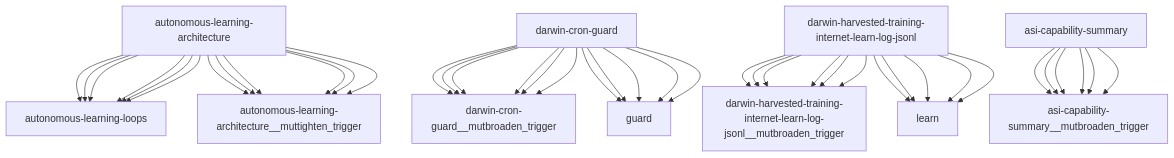
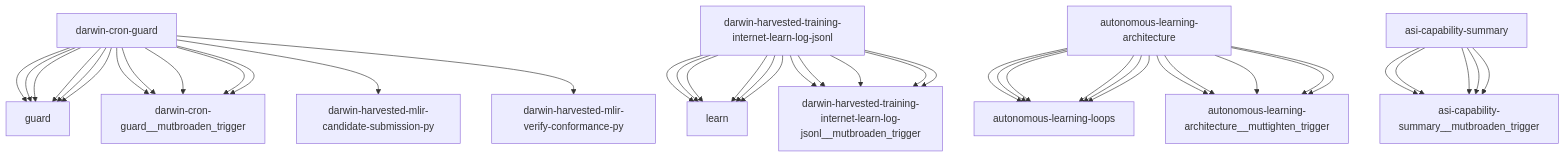
One commit to openamer/openamer changed the diagram in reports/darwin-report.md. Above: the diagram before and after it, drawn with Mermaid. The commit also changed other lines of this file and 8 other files, not shown here.

````diff
--- a/reports/darwin-report.md
+++ b/reports/darwin-report.md
@@ -74,43 +74,43 @@
 ```mermaid
 graph TD
-    autonomous-learning-architecture["autonomous-learning-architecture"] --> autonomous-learning-loops["autonomous-learning-loops"]
-    darwin-cron-guard["darwin-cron-guard"] --> darwin-cron-guard__mutbroaden_trigger["darwin-cron-guard__mutbroaden_trigger"]
-    darwin-harvested-training-internet-learn-log-jsonl["darwin-harvested-training-internet-learn-log-jsonl"] --> darwin-harvested-training-internet-learn-log-jsonl__mutbroaden_trigger["darwin-harvested-training-internet-learn-log-jsonl__mutbroaden_trigger"]
-    autonomous-learning-architecture["autonomous-learning-architecture"] --> autonomous-learning-architecture__muttighten_trigger["autonomous-learning-architecture__muttighten_trigger"]
-    asi-capability-summary["asi-capability-summary"] --> asi-capability-summary__mutbroaden_trigger["asi-capability-summary__mutbroaden_trigger"]
     darwin-cron-guard["darwin-cron-guard"] --> guard["guard"]
     darwin-harvested-training-internet-learn-log-jsonl["darwin-harvested-training-internet-learn-log-jsonl"] --> learn["learn"]
     autonomous-learning-architecture["autonomous-learning-architecture"] --> autonomous-learning-loops["autonomous-learning-loops"]
     darwin-cron-guard["darwin-cron-guard"] --> darwin-cron-guard__mutbroaden_trigger["darwin-cron-guard__mutbroaden_trigger"]
     darwin-harvested-training-internet-learn-log-jsonl["darwin-harvested-training-internet-learn-log-jsonl"] --> darwin-harvested-training-internet-learn-log-jsonl__mutbroaden_trigger["darwin-harvested-training-internet-learn-log-jsonl__mutbroaden_trigger"]
     autonomous-learning-architecture["autonomous-learning-architecture"] --> autonomous-learning-architecture__muttighten_trigger["autonomous-learning-architecture__muttighten_trigger"]
     asi-capability-summary["asi-capability-summary"] --> asi-capability-summary__mutbroaden_trigger["asi-capability-summary__mutbroaden_trigger"]
+    darwin-cron-guard["darwin-cron-guard"] --> darwin-harvested-mlir-candidate-submission-py["darwin-harvested-mlir-candidate-submission-py"]
     darwin-cron-guard["darwin-cron-guard"] --> guard["guard"]
     darwin-harvested-training-internet-learn-log-jsonl["darwin-harvested-training-internet-learn-log-jsonl"] --> learn["learn"]
     autonomous-learning-architecture["autonomous-learning-architecture"] --> autonomous-learning-loops["autonomous-learning-loops"]
     darwin-cron-guard["darwin-cron-guard"] --> darwin-cron-guard__mutbroaden_trigger["darwin-cron-guard__mutbroaden_trigger"]
     darwin-harvested-training-internet-learn-log-jsonl["darwin-harvested-training-internet-learn-log-jsonl"] --> darwin-harvested-training-internet-learn-log-jsonl__mutbroaden_trigger["darwin-harvested-training-internet-learn-log-jsonl__mutbroaden_trigger"]
     autonomous-learning-architecture["autonomous-learning-architecture"] --> autonomous-learning-architecture__muttighten_trigger["autonomous-learning-architecture__muttighten_trigger"]
     asi-capability-summary["asi-capability-summary"] --> asi-capability-summary__mutbroaden_trigger["asi-capability-summary__mutbroaden_trigger"]
+    darwin-cron-guard["darwin-cron-guard"] --> darwin-harvested-mlir-verify-conformance-py["darwin-harvested-mlir-verify-conformance-py"]
+    darwin-cron-guard["darwin-cron-guard"] --> guard["guard"]
+    darwin-harvested-training-internet-learn-log-jsonl["darwin-harvested-training-internet-learn-log-jsonl"] --> learn["learn"]
+    autonomous-learning-architecture["autonomous-learning-architecture"] --> autonomous-learning-loops["autonomous-learning-loops"]
     darwin-cron-guard["darwin-cron-guard"] --> darwin-cron-guard__mutbroaden_trigger["darwin-cron-guard__mutbroaden_trigger"]
     darwin-harvested-training-internet-learn-log-jsonl["darwin-harvested-training-internet-learn-log-jsonl"] --> darwin-harvested-training-internet-learn-log-jsonl__mutbroaden_trigger["darwin-harvested-training-internet-learn-log-jsonl__mutbroaden_trigger"]
     autonomous-learning-architecture["autonomous-learning-architecture"] --> autonomous-learning-architecture__muttighten_trigger["autonomous-learning-architecture__muttighten_trigger"]
     asi-capability-summary["asi-capability-summary"] --> asi-capability-summary__mutbroaden_trigger["asi-capability-summary__mutbroaden_trigger"]
     darwin-cron-guard["darwin-cron-guard"] --> guard["guard"]
     darwin-harvested-training-internet-learn-log-jsonl["darwin-harvested-training-internet-learn-log-jsonl"] --> learn["learn"]
     autonomous-learning-architecture["autonomous-learning-architecture"] --> autonomous-learning-loops["autonomous-learning-loops"]
     darwin-cron-guard["darwin-cron-guard"] --> darwin-cron-guard__mutbroaden_trigger["darwin-cron-guard__mutbroaden_trigger"]
     darwin-harvested-training-internet-learn-log-jsonl["darwin-harvested-training-internet-learn-log-jsonl"] --> darwin-harvested-training-internet-learn-log-jsonl__mutbroaden_trigger["darwin-harvested-training-internet-learn-log-jsonl__mutbroaden_trigger"]
     autonomous-learning-architecture["autonomous-learning-architecture"] --> autonomous-learning-architecture__muttighten_trigger["autonomous-learning-architecture__muttighten_trigger"]
     asi-capability-summary["asi-capability-summary"] --> asi-capability-summary__mutbroaden_trigger["asi-capability-summary__mutbroaden_trigger"]
     darwin-cron-guard["darwin-cron-guard"] --> guard["guard"]
     darwin-harvested-training-internet-learn-log-jsonl["darwin-harvested-training-internet-learn-log-jsonl"] --> learn["learn"]
     autonomous-learning-architecture["autonomous-learning-architecture"] --> autonomous-learning-loops["autonomous-learning-loops"]
     darwin-cron-guard["darwin-cron-guard"] --> darwin-cron-guard__mutbroaden_trigger["darwin-cron-guard__mutbroaden_trigger"]
     darwin-harvested-training-internet-learn-log-jsonl["darwin-harvested-training-internet-learn-log-jsonl"] --> darwin-harvested-training-internet-learn-log-jsonl__mutbroaden_trigger["darwin-harvested-training-internet-learn-log-jsonl__mutbroaden_trigger"]
     autonomous-learning-architecture["autonomous-learning-architecture"] --> autonomous-learning-architecture__muttighten_trigger["autonomous-learning-architecture__muttighten_trigger"]
     asi-capability-summary["asi-capability-summary"] --> asi-capability-summary__mutbroaden_trigger["asi-capability-summary__mutbroaden_trigger"]
     darwin-cron-guard["darwin-cron-guard"] --> guard["guard"]
     darwin-harvested-training-internet-learn-log-jsonl["darwin-harvested-training-internet-learn-log-jsonl"] --> learn["learn"]
     autonomous-learning-architecture["autonomous-learning-architecture"] --> autonomous-learning-loops["autonomous-learning-loops"]
 ```
````
